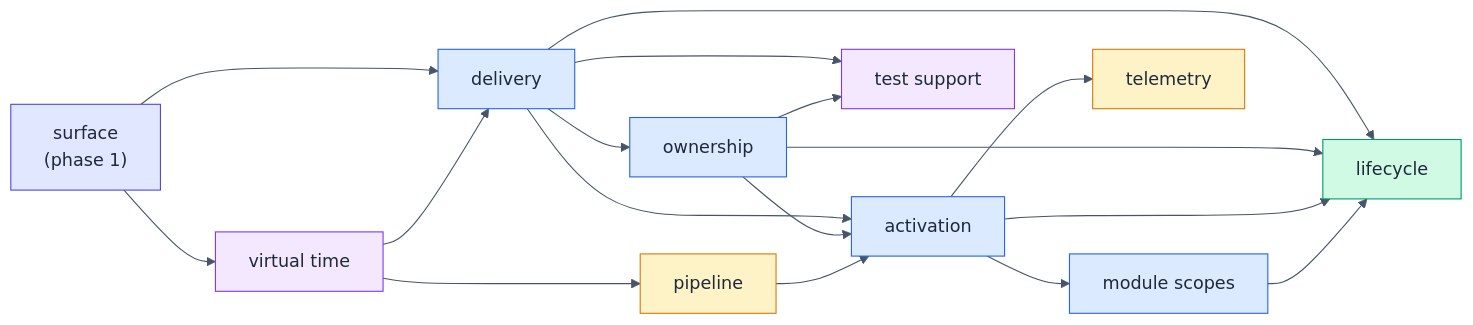
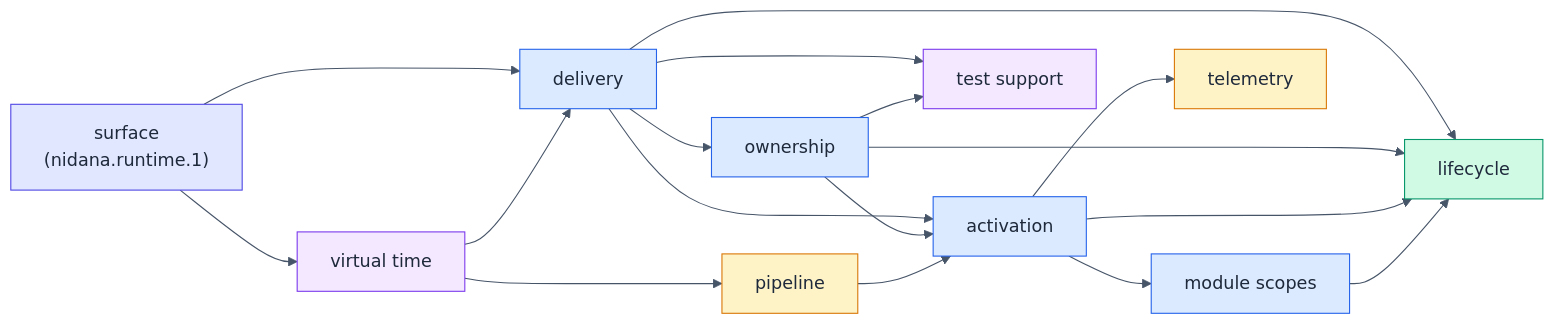
The first of 2 diagrams in hsdd/spec/nidana.runtime.md (Samsara-Stream/nidana-bus-dart), drawn with Mermaid before and after one commit. The commit also changed other lines of this file, not shown here.

Commit message:
hsdd: S49 nidana.runtime touch (D1 Consequences, Development flow, edge lines)

````diff
--- a/hsdd/spec/nidana.runtime.md
+++ b/hsdd/spec/nidana.runtime.md
@@ -77,42 +77,42 @@
 ```mermaid
 %%{init:{'theme':'base','themeVariables':{'primaryTextColor':'#1e293b','lineColor':'#475569','edgeLabelBackground':'#ffffff','tertiaryTextColor':'#1e293b'}}}%%
 flowchart LR
-    surface["surface<br/>(phase 1)"]
+    surface["surface<br/>(nidana.runtime.1)"]
     vtime["virtual time"]
     delivery["delivery"]
     ownership["ownership"]
     pipeline["pipeline"]
     activation["activation"]
     modules["module scopes"]
     lifecycle["lifecycle"]
     support["test support"]
     telemetry["telemetry"]
 
     surface --> vtime
     surface --> delivery
     vtime --> delivery
     vtime --> pipeline
     delivery --> ownership
     delivery --> activation
     ownership --> activation
     pipeline --> activation
     activation --> modules
     delivery --> lifecycle
     ownership --> lifecycle
     activation --> lifecycle
     modules --> lifecycle
     delivery --> support
     ownership --> support
     activation --> telemetry
 
     style surface fill:#e0e7ff,stroke:#4f46e5,color:#1e293b
     style vtime fill:#f3e8ff,stroke:#7c3aed,color:#1e293b
     style delivery fill:#dbeafe,stroke:#2563eb,color:#1e293b
     style ownership fill:#dbeafe,stroke:#2563eb,color:#1e293b
     style pipeline fill:#fef3c7,stroke:#d97706,color:#1e293b
     style activation fill:#dbeafe,stroke:#2563eb,color:#1e293b
     style modules fill:#dbeafe,stroke:#2563eb,color:#1e293b
     style lifecycle fill:#d1fae5,stroke:#059669,color:#1e293b
     style support fill:#f3e8ff,stroke:#7c3aed,color:#1e293b
     style telemetry fill:#fef3c7,stroke:#d97706,color:#1e293b
 ```
````
